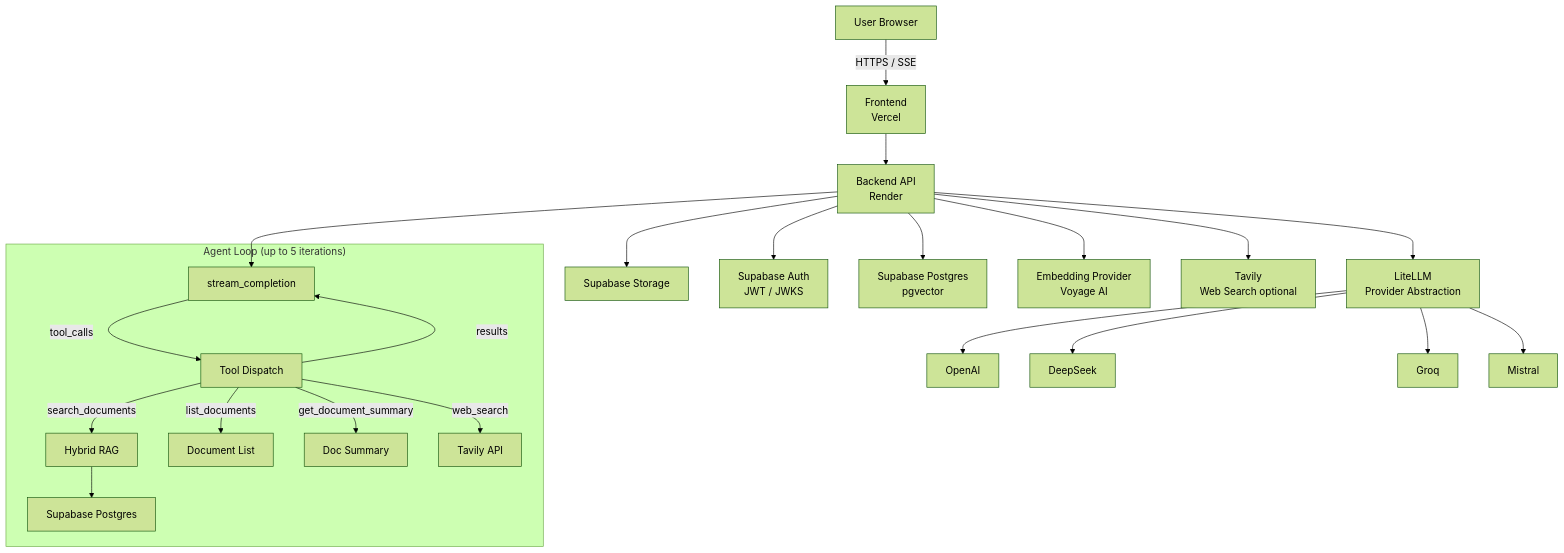
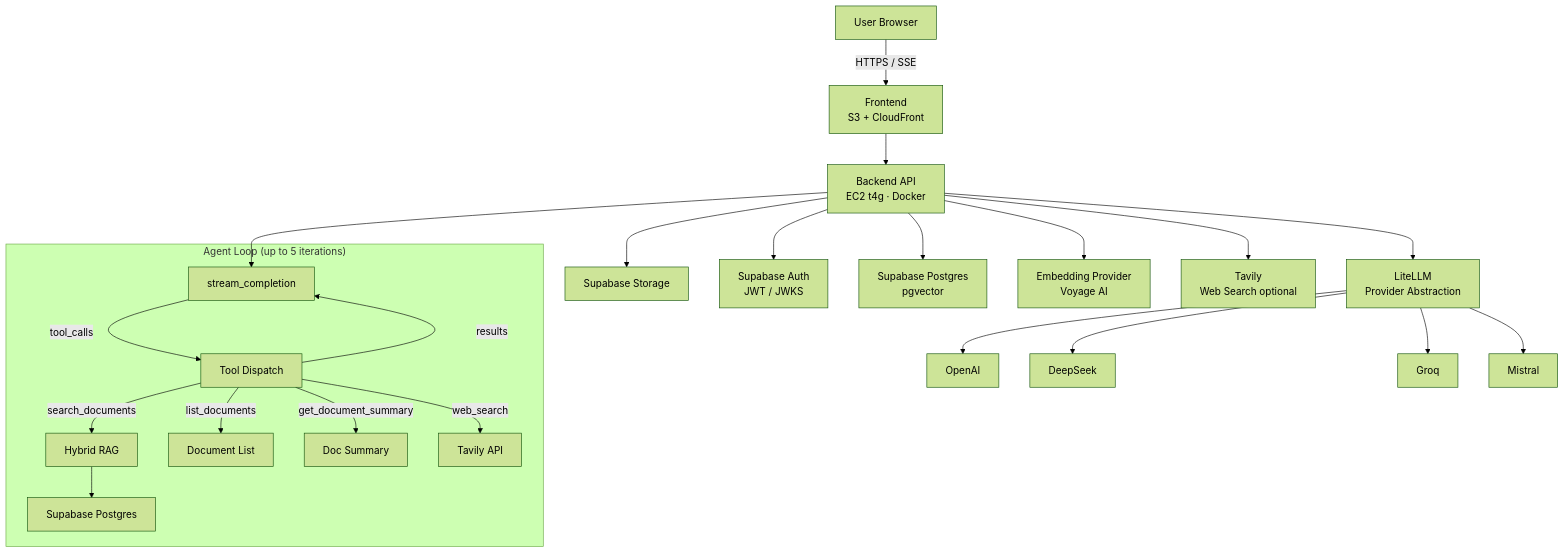
One commit to Xinnan-Alex/PaperPilot changed the first of 4 diagrams in readme.md. Above: the diagram before and after it, drawn with Mermaid (forest theme). The commit also changed other lines of this file and 19 other files, not shown here.

First line of the commit message:
docs: AWS infra docs + design diagrams

````diff
--- a/readme.md
+++ b/readme.md
@@ -42,29 +42,29 @@
 ```mermaid
 graph TD
-    A[User Browser] -->|HTTPS / SSE| B[Frontend<br/>Vercel]
-    B --> C[Backend API<br/>Render]
+    A[User Browser] -->|HTTPS / SSE| B[Frontend<br/>S3 + CloudFront]
+    B --> C[Backend API<br/>EC2 t4g · Docker]
 
     C --> D[Supabase Storage]
     C --> E[Supabase Auth<br/>JWT / JWKS]
     C --> F[Supabase Postgres<br/>pgvector]
 
     C --> G[LiteLLM<br/>Provider Abstraction]
     G --> G1[OpenAI]
     G --> G2[DeepSeek]
     G --> G3[Groq]
     G --> G4[Mistral]
     C --> H[Embedding Provider<br/>Voyage AI]
     C --> I[Tavily<br/>Web Search optional]
 
     subgraph agentloop["Agent Loop (up to 5 iterations)"]
         AL[stream_completion] -->|tool_calls| AT[Tool Dispatch]
         AT -->|search_documents| AR[Hybrid RAG]
         AT -->|list_documents| AD[Document List]
         AT -->|get_document_summary| AS[Doc Summary]
         AT -->|web_search| AW[Tavily API]
         AR --> AF[Supabase Postgres]
         AT -->|results| AL
     end
 
     C --> AL
 ```
````
